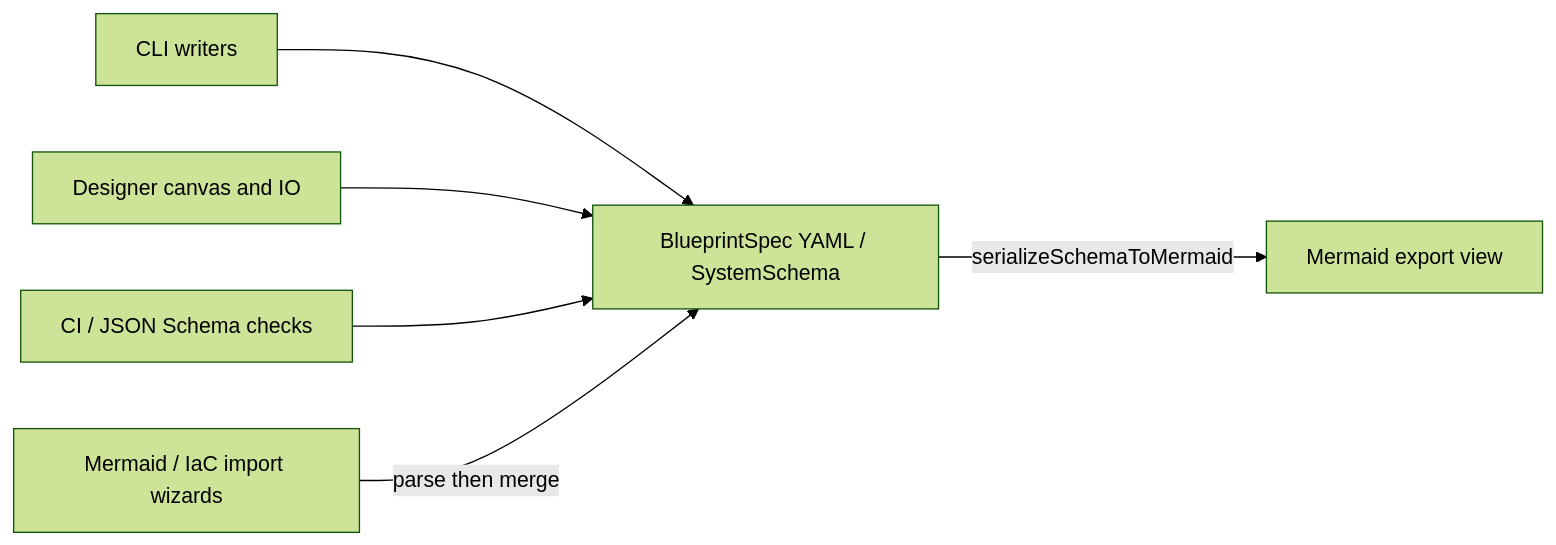
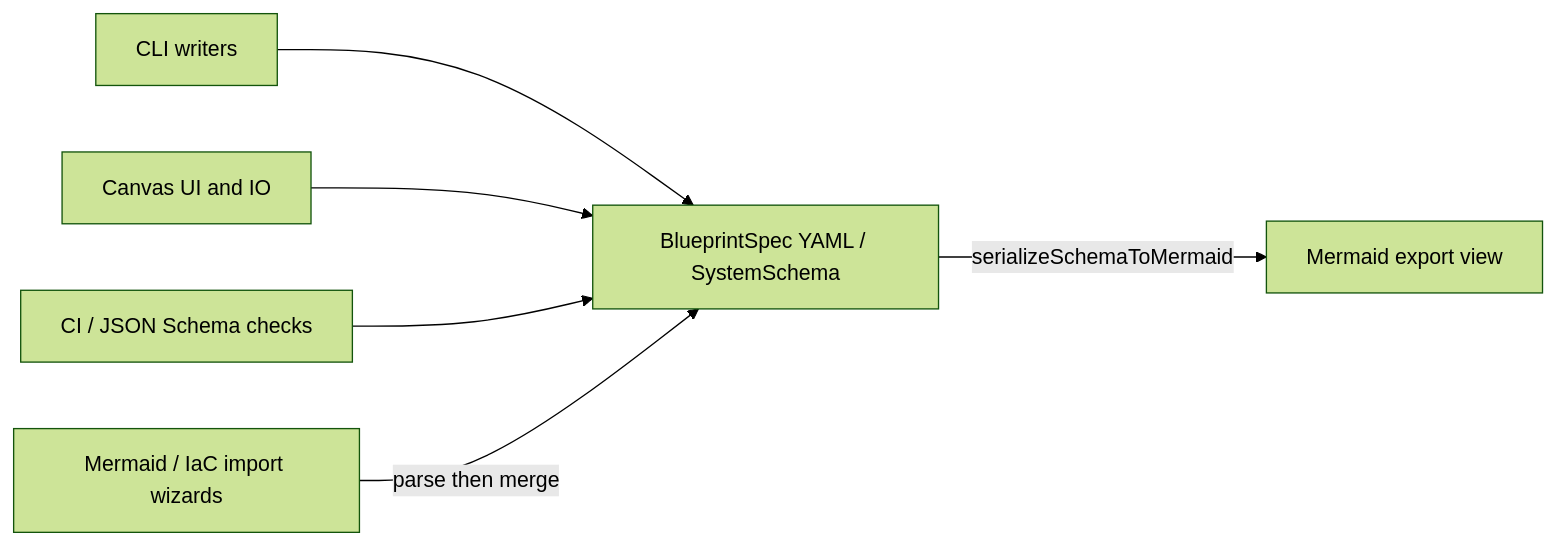
The diagram in docs/ADRs/0001-yaml-blueprintspec-as-canonical-format.md (mzworthington/archlens), drawn with Mermaid (forest theme) before and after one commit. The commit also changed other lines of this file and 622 other files, not shown here.

Commit message:
refactor: rename designer to canvas to align language

````diff
--- a/docs/ADRs/0001-yaml-blueprintspec-as-canonical-format.md
+++ b/docs/ADRs/0001-yaml-blueprintspec-as-canonical-format.md
@@ -40,8 +40,8 @@
 ```mermaid
 flowchart LR
   CLI[CLI writers] --> BP[BlueprintSpec YAML / SystemSchema]
-  Designer[Designer canvas and IO] --> BP
+  Canvas[Canvas UI and IO] --> BP
   CI[CI / JSON Schema checks] --> BP
   BP -->|serializeSchemaToMermaid| Mermaid[Mermaid export view]
   Import[Mermaid / IaC import wizards] -->|parse then merge| BP
 ```
````
